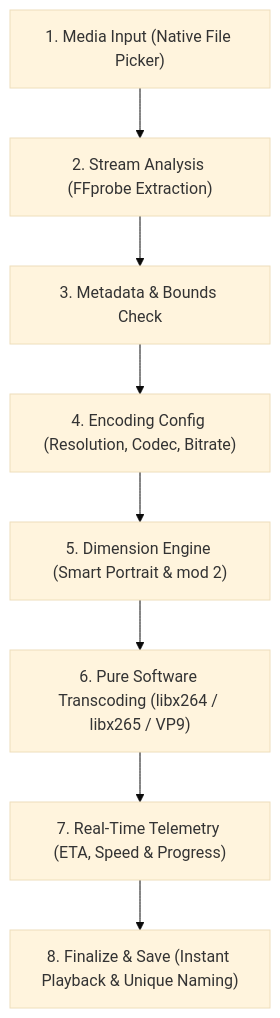
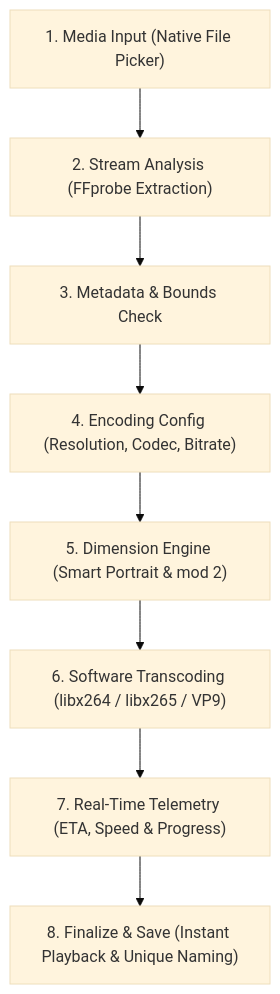
The diagram in README.md (zerabyte88/phantek-video-toolkit), drawn with Mermaid (base theme) before and after one commit. The commit also changed other lines of this file and 2 other files, not shown here.

````diff
--- a/README.md
+++ b/README.md
@@ -46,10 +46,10 @@
 ```mermaid
 flowchart TD
     A["1. Media Input (Native File Picker)"] --> B["2. Stream Analysis (FFprobe Extraction)"]
     B --> C["3. Metadata & Bounds Check"]
     C --> D["4. Encoding Config (Resolution, Codec, Bitrate)"]
     D --> E["5. Dimension Engine (Smart Portrait & mod 2)"]
-    E --> F["6. Pure Software Transcoding (libx264 / libx265 / VP9)"]
+    E --> F["6. Software Transcoding (libx264 / libx265 / VP9)"]
     F --> G["7. Real-Time Telemetry (ETA, Speed & Progress)"]
     G --> H["8. Finalize & Save (Instant Playback & Unique Naming)"]
 ```
````
